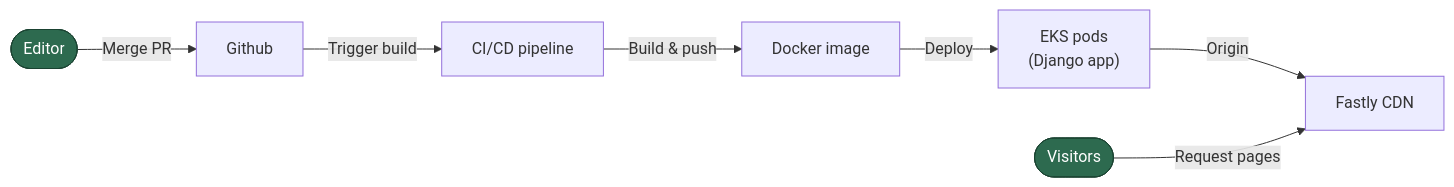
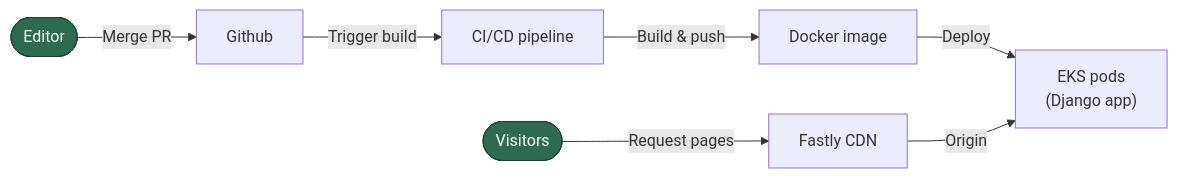
The second of 3 diagrams in docs/high-level-solution-architecture.md (alphagov/datagovuk-sandbox), drawn with Mermaid before and after one commit. The commit also changed other lines of this file, not shown here.

First line of the commit message:
Revise high-level solution architecture documentation

````diff
--- a/docs/high-level-solution-architecture.md
+++ b/docs/high-level-solution-architecture.md
@@ -35,20 +35,20 @@
 ```mermaid
 flowchart LR
     editor([Editor])
     github["Github"]
     cicd["CI/CD pipeline"]
     image["Docker image"]
     eks["EKS pods\n(Django app)"]
     cdn["Fastly CDN"]
     visitor([Visitors])
 
     editor -->|Merge PR| github
     github -->|Trigger build| cicd
     cicd -->|Build & push| image
     image -->|Deploy| eks
-    eks -->|Origin| cdn
+    cdn -->|Origin| eks
     visitor -->|Request pages| cdn
 
     classDef user fill:#2D6A4F,stroke:#1B4332,color:#FFFFFF
     class editor,visitor user
 ```
````
